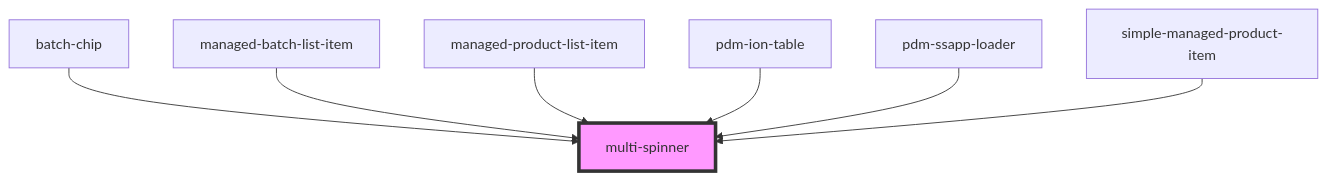
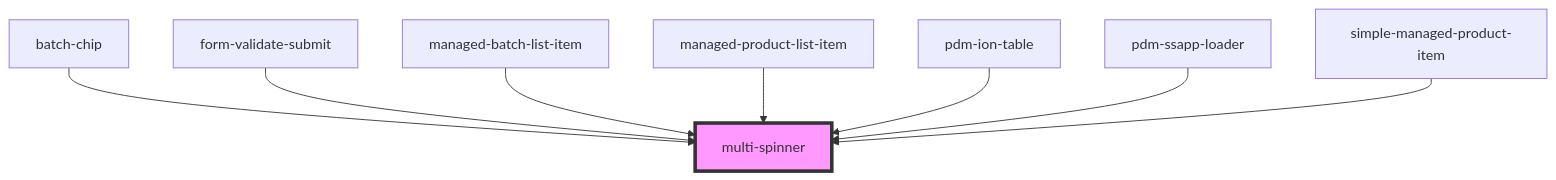
Before and after one commit to PharmaLedger-IMI/fgt-workspace: the diagram in pdm-web-components/src/components/multi-spinner/readme.md, drawn with Mermaid. The commit also changed other lines of this file and 129 other files, not shown here.

````diff
--- a/pdm-web-components/src/components/multi-spinner/readme.md
+++ b/pdm-web-components/src/components/multi-spinner/readme.md
@@ -27,10 +28,11 @@
 ```mermaid
 graph TD;
   batch-chip --> multi-spinner
+  form-validate-submit --> multi-spinner
   managed-batch-list-item --> multi-spinner
   managed-product-list-item --> multi-spinner
   pdm-ion-table --> multi-spinner
   pdm-ssapp-loader --> multi-spinner
   simple-managed-product-item --> multi-spinner
   style multi-spinner fill:#f9f,stroke:#333,stroke-width:4px
 ```
````
